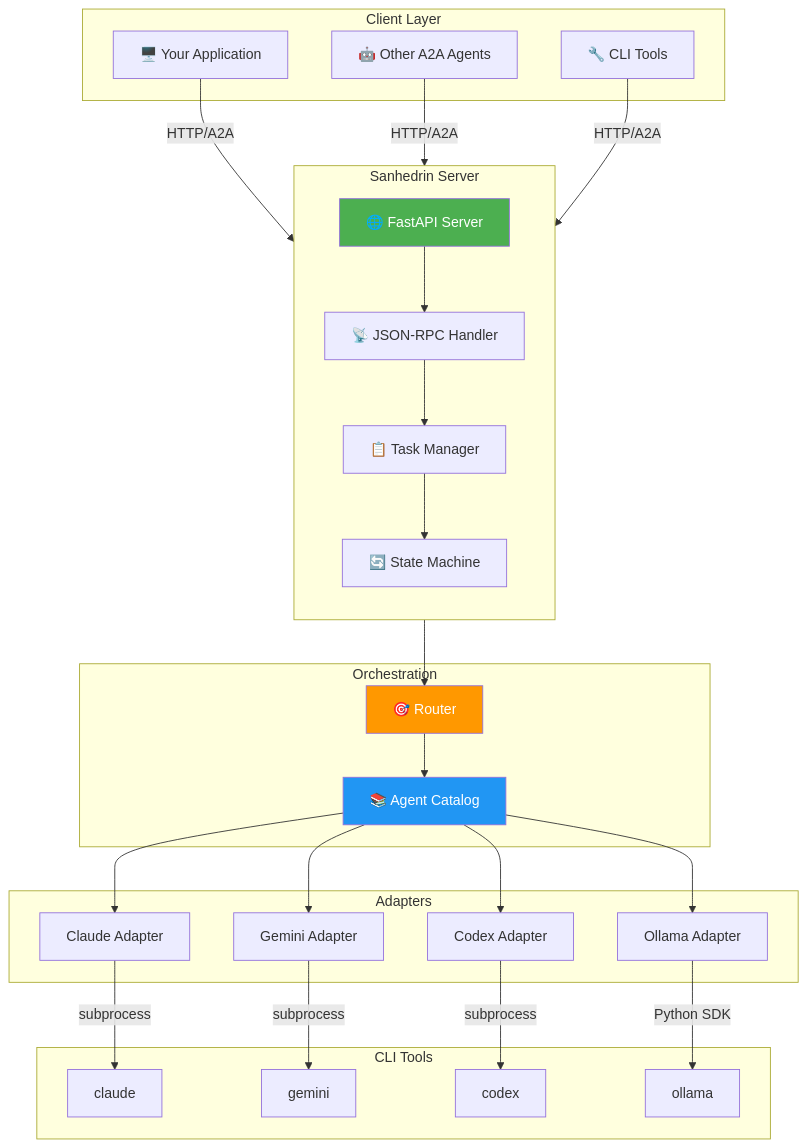
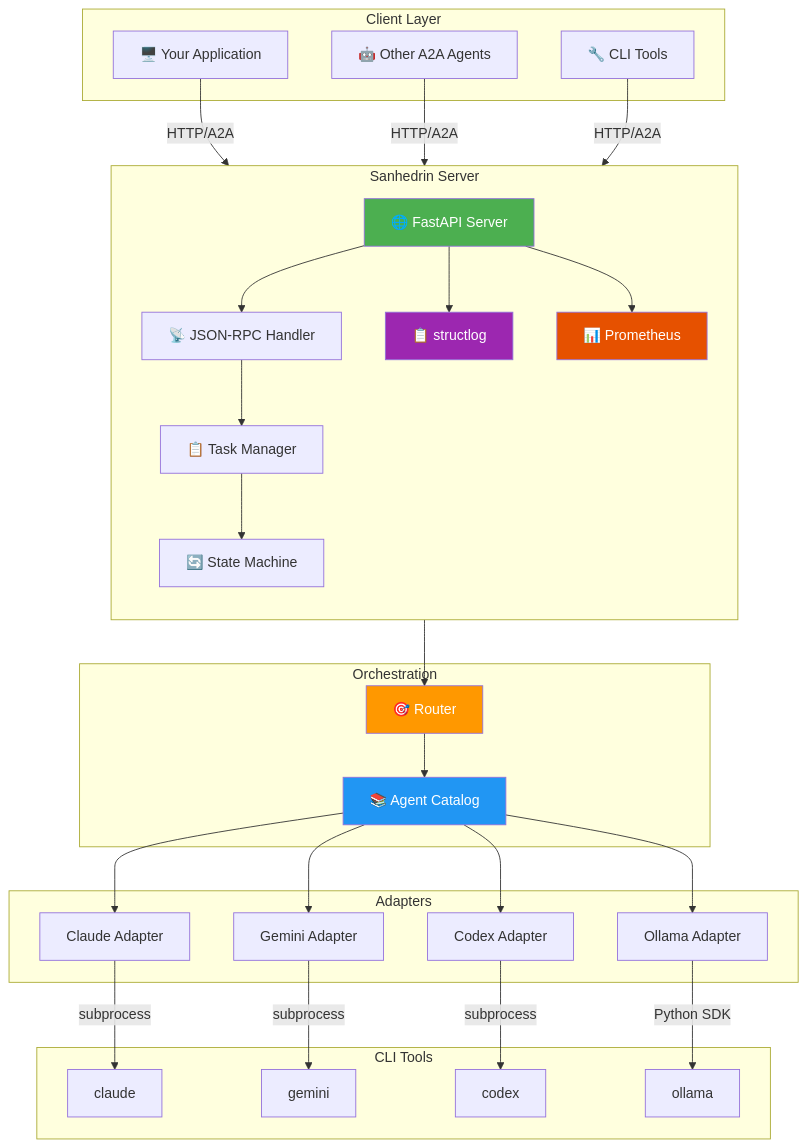
Before and after one commit to consigcody94/sanhedrin: the first of 3 diagrams in README.md, drawn with Mermaid. The commit also changed other lines of this file and 14 other files, not shown here.

````diff
--- a/README.md
+++ b/README.md
@@ -373,51 +396,56 @@
 ```mermaid
 graph TB
     subgraph "Client Layer"
         C1[🖥️ Your Application]
         C2[🤖 Other A2A Agents]
         C3[🔧 CLI Tools]
     end
 
     subgraph "Sanhedrin Server"
         direction TB
         API[🌐 FastAPI Server]
         RPC[📡 JSON-RPC Handler]
         TM[📋 Task Manager]
         SM[🔄 State Machine]
+        LOG[📋 structlog]
+        MET[📊 Prometheus]
     end
 
     subgraph "Orchestration"
         CAT[📚 Agent Catalog]
         RTR[🎯 Router]
     end
 
     subgraph "Adapters"
         A1[Claude Adapter]
         A2[Gemini Adapter]
         A3[Codex Adapter]
         A4[Ollama Adapter]
     end
 
     subgraph "CLI Tools"
         CLI1[claude]
         CLI2[gemini]
         CLI3[codex]
         CLI4[ollama]
     end
 
     C1 & C2 & C3 -->|HTTP/A2A| API
     API --> RPC
+    API --> LOG & MET
     RPC --> TM
     TM --> SM
     TM --> RTR
     RTR --> CAT
     CAT --> A1 & A2 & A3 & A4
     A1 -->|subprocess| CLI1
     A2 -->|subprocess| CLI2
     A3 -->|subprocess| CLI3
     A4 -->|Python SDK| CLI4
 
     style API fill:#4CAF50,color:white
     style CAT fill:#2196F3,color:white
     style RTR fill:#FF9800,color:white
+    style LOG fill:#9C27B0,color:white
+    style MET fill:#E65100,color:white
 ```
````
